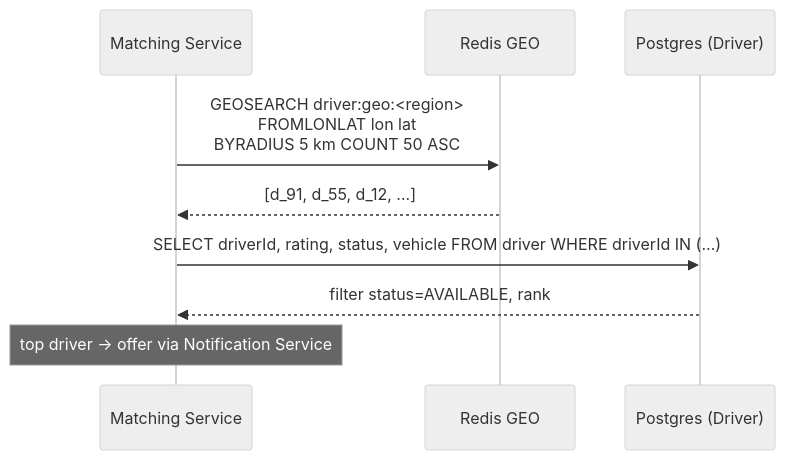
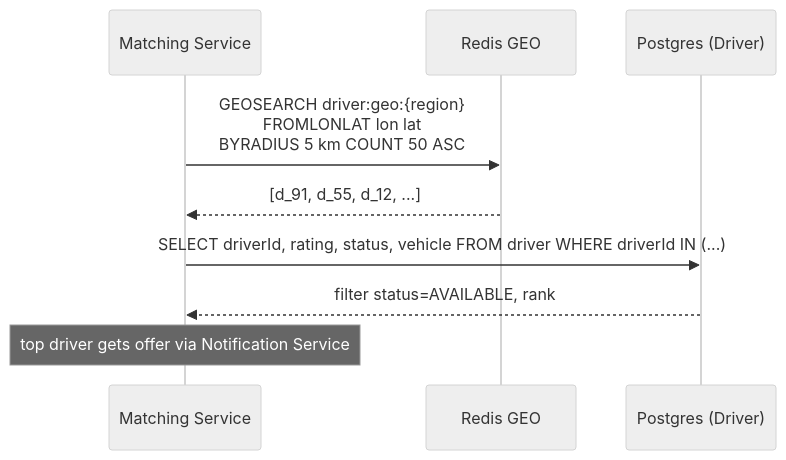
Before and after one commit to vipi-n/swe-101: diagram 11 of 18 in hld/uber.md, drawn with Mermaid. The commit also changed other lines of this file, not shown here.

````diff
--- a/hld/uber.md
+++ b/hld/uber.md
@@ -629,13 +629,13 @@
 ```mermaid
 %%{init: {'theme': 'neutral', 'themeVariables': {'fontSize': '18px'}}}%%
 sequenceDiagram
     participant MS as Matching Service
     participant RG as Redis GEO
     participant DB as Postgres (Driver)
 
-    MS->>RG: GEOSEARCH driver:geo:<region><br/>FROMLONLAT lon lat<br/>BYRADIUS 5 km COUNT 50 ASC
+    MS->>RG: GEOSEARCH driver:geo:{region}<br/>FROMLONLAT lon lat<br/>BYRADIUS 5 km COUNT 50 ASC
     RG-->>MS: [d_91, d_55, d_12, ...]
     MS->>DB: SELECT driverId, rating, status, vehicle FROM driver WHERE driverId IN (...)
     DB-->>MS: filter status=AVAILABLE, rank
-    Note over MS: top driver → offer via Notification Service
+    Note over MS: top driver gets offer via Notification Service
 ```
````
